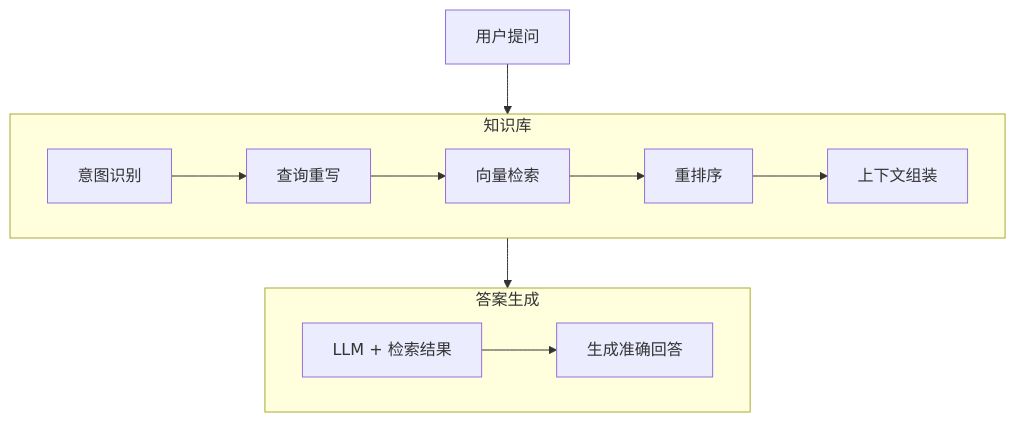
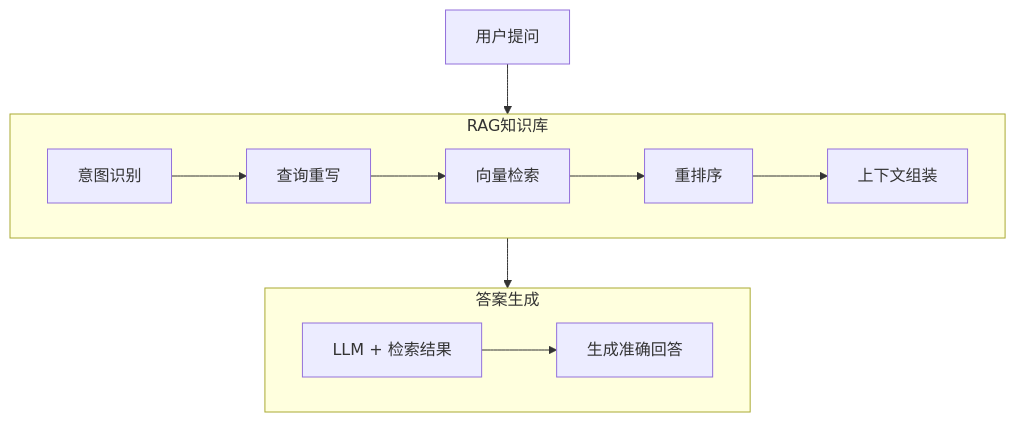
Before and after one commit to wb04307201/wb04307201: the second of 4 diagrams in note/11.ai/training/lession1/README.md, drawn with Mermaid. The commit also changed other lines of this file, not shown here.

````diff
--- a/note/11.ai/training/lession1/README.md
+++ b/note/11.ai/training/lession1/README.md
@@ -146,16 +146,16 @@
 ```mermaid
 graph TB
-    subgraph RAG[知识库]
+    subgraph RAG[RAG知识库]
         B[意图识别] --> C[查询重写]
         C --> D[向量检索]
         D --> E[重排序]
         E --> F[上下文组装]
     end
     
     subgraph ANSWER[答案生成]
         G[LLM + 检索结果] --> H[生成准确回答]
     end
     
     A[用户提问] --> RAG
     RAG --> ANSWER
 ```
````
